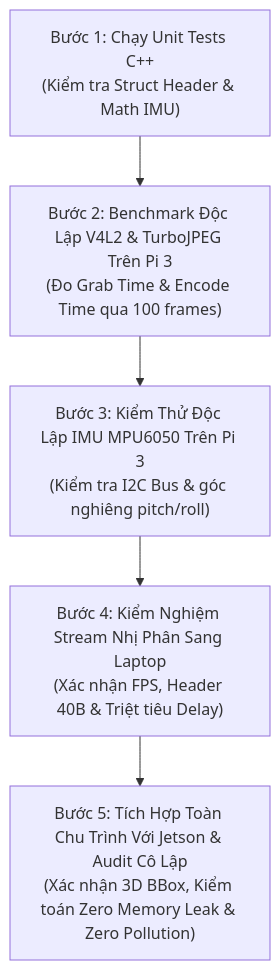
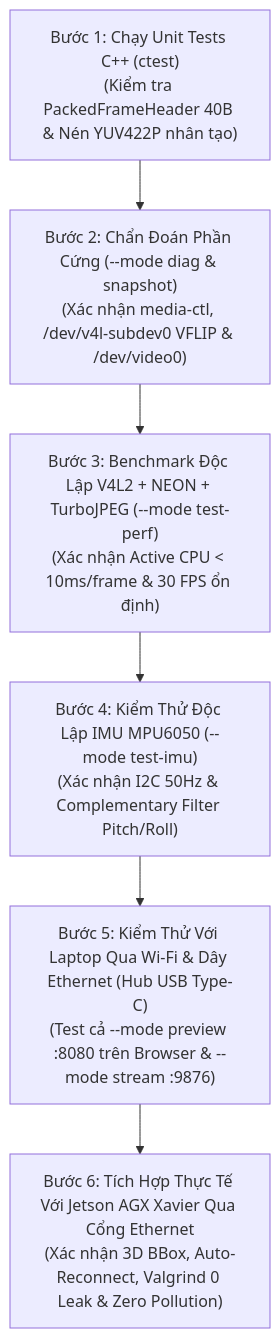
The diagram in docs/implementation/release-1c/guidec/04-step-by-step-integration-and-testing-plan.md (phamvantienkiz/monocular-spatial-vision), drawn with Mermaid before and after one commit. The commit also changed other lines of this file and 28 other files, not shown here.

````diff
--- a/docs/implementation/release-1c/guidec/04-step-by-step-integration-and-testing-plan.md
+++ b/docs/implementation/release-1c/guidec/04-step-by-step-integration-and-testing-plan.md
@@ -13,10 +13,11 @@
 ```mermaid
 flowchart TD
-    S1["Bước 1: Chạy Unit Tests C++<br/>(Kiểm tra Struct Header & Math IMU)"]
-    S2["Bước 2: Benchmark Độc Lập V4L2 & TurboJPEG Trên Pi 3<br/>(Đo Grab Time & Encode Time qua 100 frames)"]
-    S3["Bước 3: Kiểm Thử Độc Lập IMU MPU6050 Trên Pi 3<br/>(Kiểm tra I2C Bus & góc nghiêng pitch/roll)"]
-    S4["Bước 4: Kiểm Nghiệm Stream Nhị Phân Sang Laptop<br/>(Xác nhận FPS, Header 40B & Triệt tiêu Delay)"]
-    S5["Bước 5: Tích Hợp Toàn Chu Trình Với Jetson & Audit Cô Lập<br/>(Xác nhận 3D BBox, Kiểm toán Zero Memory Leak & Zero Pollution)"]
+    S1["Bước 1: Chạy Unit Tests C++ (ctest)<br/>(Kiểm tra PackedFrameHeader 40B & Nén YUV422P nhân tạo)"]
+    S2["Bước 2: Chẩn Đoán Phần Cứng (--mode diag & snapshot)<br/>(Xác nhận media-ctl, /dev/v4l-subdev0 VFLIP & /dev/video0)"]
+    S3["Bước 3: Benchmark Độc Lập V4L2 + NEON + TurboJPEG (--mode test-perf)<br/>(Xác nhận Active CPU < 10ms/frame & 30 FPS ổn định)"]
+    S4["Bước 4: Kiểm Thử Độc Lập IMU MPU6050 (--mode test-imu)<br/>(Xác nhận I2C 50Hz & Complementary Filter Pitch/Roll)"]
+    S5["Bước 5: Kiểm Thử Với Laptop Qua Wi-Fi & Dây Ethernet (Hub USB Type-C)<br/>(Test cả --mode preview :8080 trên Browser & --mode stream :9876)"]
+    S6["Bước 6: Tích Hợp Thực Tế Với Jetson AGX Xavier Qua Cổng Ethernet<br/>(Xác nhận 3D BBox, Auto-Reconnect, Valgrind 0 Leak & Zero Pollution)"]
 
-    S1 --> S2 --> S3 --> S4 --> S5
+    S1 --> S2 --> S3 --> S4 --> S5 --> S6
 ```
````
